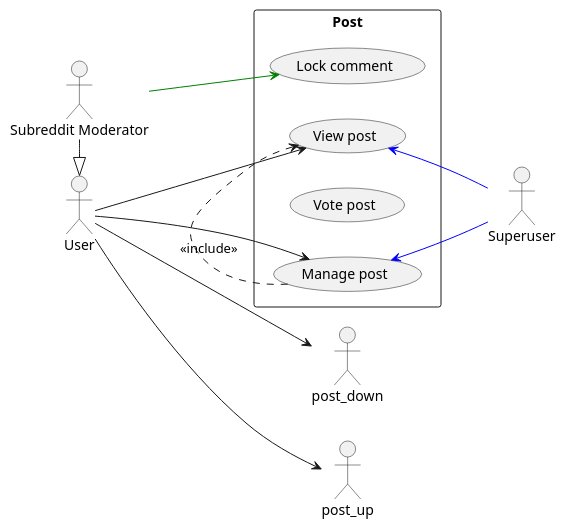
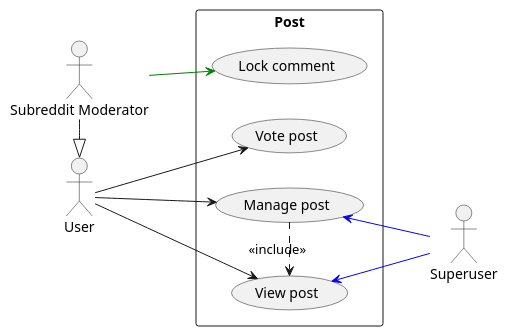
Before and after one commit to Huy-Ngo/reddit-design: the diagram in use_case_post.puml, drawn with PlantUML.

Commit message:
Fix up for forgetting to fix old relic

```diff
--- a/use_case_post.puml
+++ b/use_case_post.puml
@@ -1,30 +1,29 @@
 @startuml
 skinparam packageStyle rectangle
 left to right direction
 actor "User" as user
 actor "Subreddit Moderator" as mod
 actor "Superuser" as su
 mod -|> user
 
 rectangle Post as post {
   usecase "Manage post" as post_manage
   usecase "View post" as post_read
 
   usecase "Vote post" as post_vote
   usecase "Lock comment" as post_lock
 }
 
 user --> post_manage
 user --> post_read
 
-user --> post_up
-user --> post_down
+user --> post_vote
 
 mod -[#green]-> post_lock
 
 post_read   <-[#blue]- su
 post_manage <-[#blue]- su
 
 post_manage .> post_read : <<include>>
 
 @enduml
```
